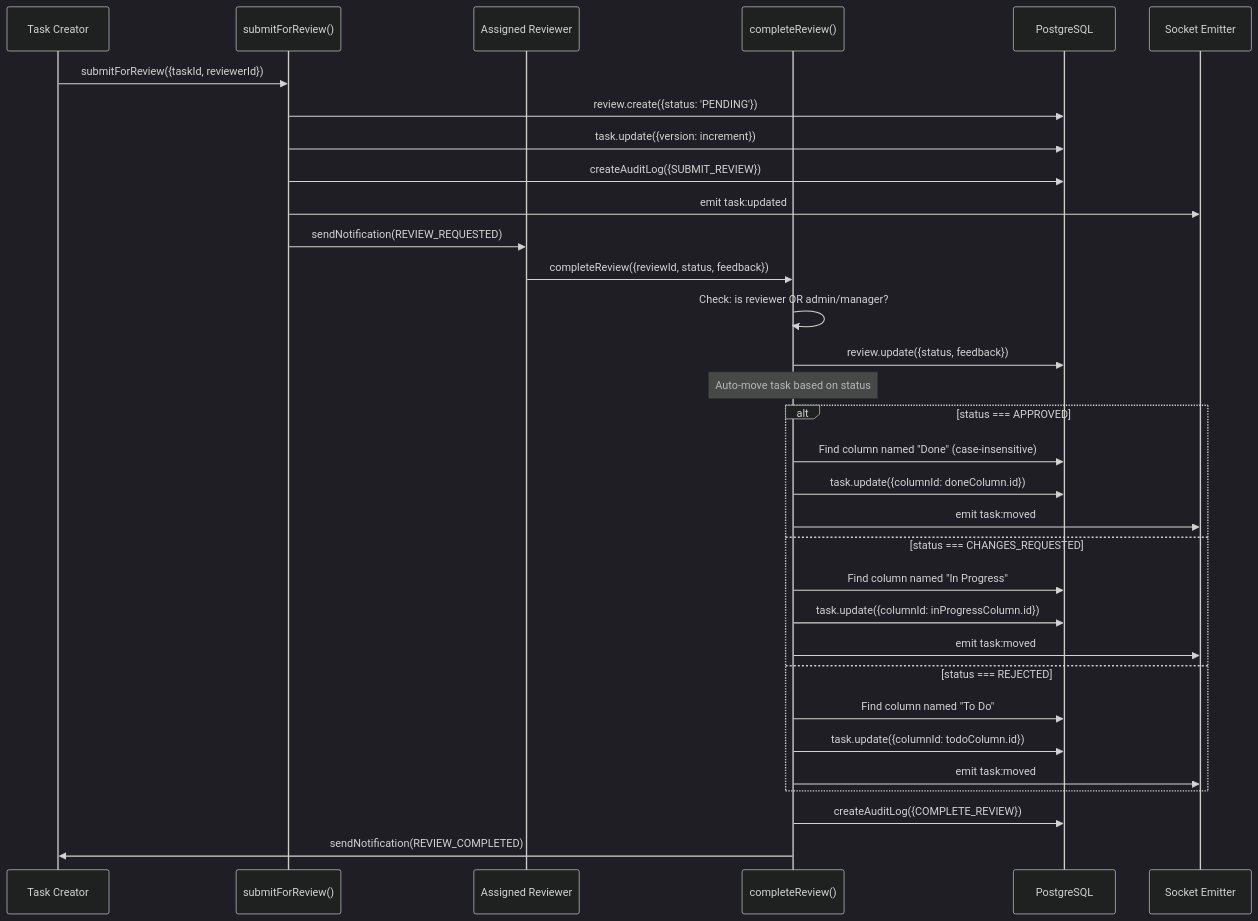
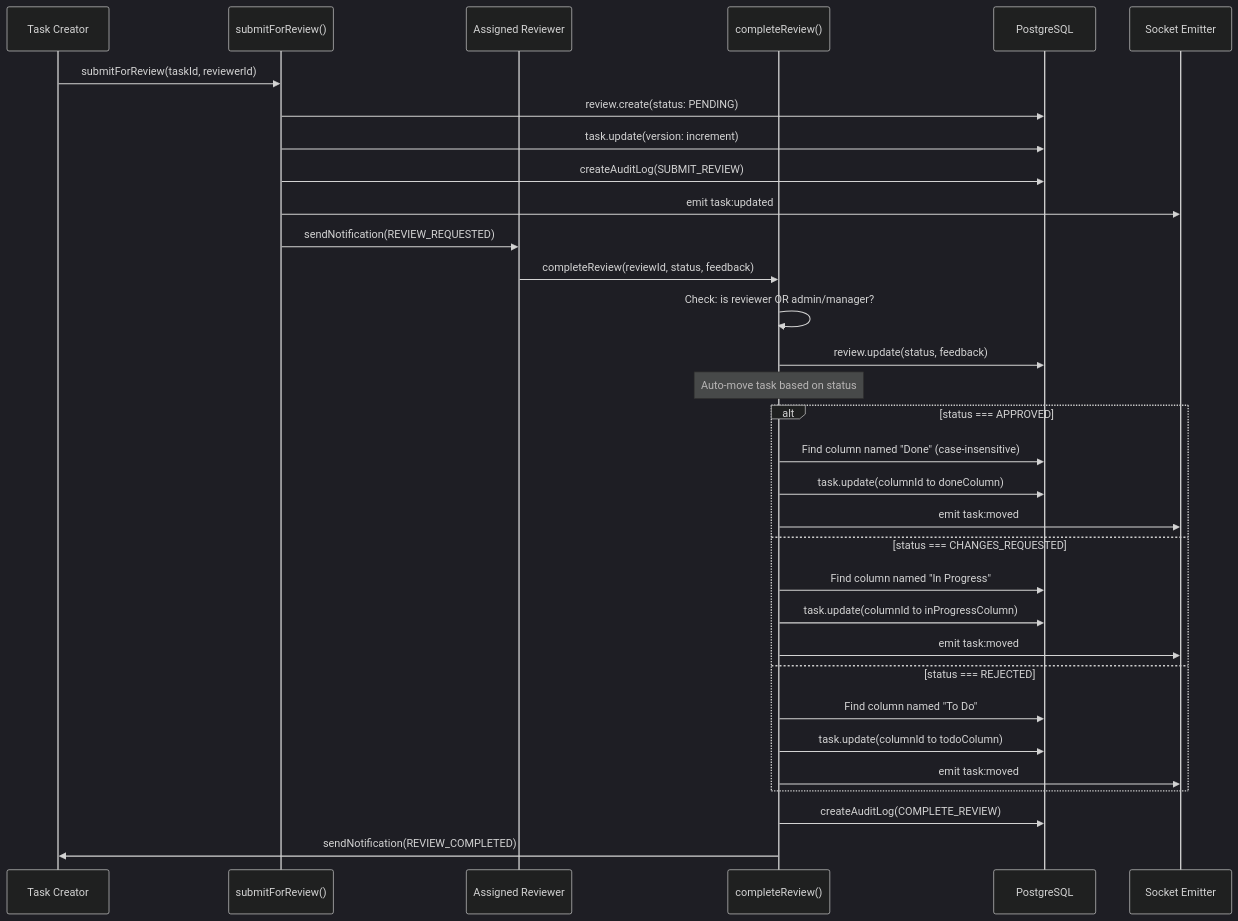
One commit to asefahmed500/Smart-Task-App_IIT_DU_Final_Project changed the tenth of 10 diagrams in docs/05-task-management.md. Above: the diagram before and after it, drawn with Mermaid (dark theme). The commit also changed other lines of this file and 9 other files, not shown here.

Commit message:
fix: update AGENTS.md with Vercel deployment notes and additional mermaid cleanups

````diff
--- a/docs/05-task-management.md
+++ b/docs/05-task-management.md
@@ -329,39 +329,39 @@
 ```mermaid
 sequenceDiagram
     participant Creator as Task Creator
     participant Action as submitForReview()
     participant Reviewer as Assigned Reviewer
     participant Complete as completeReview()
     participant DB as PostgreSQL
     participant Socket as Socket Emitter
 
-    Creator->>Action: submitForReview({taskId, reviewerId})
-    Action->>DB: review.create({status: 'PENDING'})
-    Action->>DB: task.update({version: increment})
-    Action->>DB: createAuditLog({SUBMIT_REVIEW})
+    Creator->>Action: submitForReview(taskId, reviewerId)
+    Action->>DB: review.create(status: PENDING)
+    Action->>DB: task.update(version: increment)
+    Action->>DB: createAuditLog(SUBMIT_REVIEW)
     Action->>Socket: emit task:updated
     Action->>Reviewer: sendNotification(REVIEW_REQUESTED)
 
-    Reviewer->>Complete: completeReview({reviewId, status, feedback})
+    Reviewer->>Complete: completeReview(reviewId, status, feedback)
     Complete->>Complete: Check: is reviewer OR admin/manager?
-    Complete->>DB: review.update({status, feedback})
+    Complete->>DB: review.update(status, feedback)
 
     Note over Complete: Auto-move task based on status
 
     alt status === APPROVED
         Complete->>DB: Find column named "Done" (case-insensitive)
-        Complete->>DB: task.update({columnId: doneColumn.id})
+        Complete->>DB: task.update(columnId to doneColumn)
         Complete->>Socket: emit task:moved
     else status === CHANGES_REQUESTED
         Complete->>DB: Find column named "In Progress"
-        Complete->>DB: task.update({columnId: inProgressColumn.id})
+        Complete->>DB: task.update(columnId to inProgressColumn)
         Complete->>Socket: emit task:moved
     else status === REJECTED
         Complete->>DB: Find column named "To Do"
-        Complete->>DB: task.update({columnId: todoColumn.id})
+        Complete->>DB: task.update(columnId to todoColumn)
         Complete->>Socket: emit task:moved
     end
 
-    Complete->>DB: createAuditLog({COMPLETE_REVIEW})
+    Complete->>DB: createAuditLog(COMPLETE_REVIEW)
     Complete->>Creator: sendNotification(REVIEW_COMPLETED)
 ```
````
